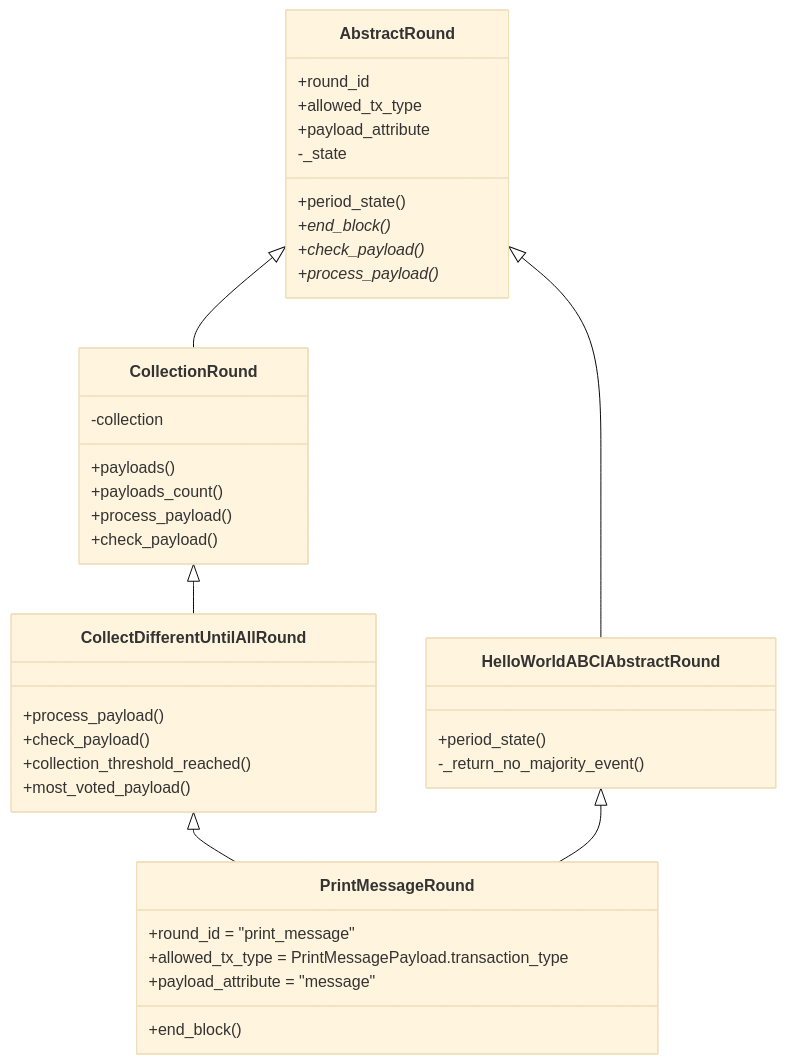
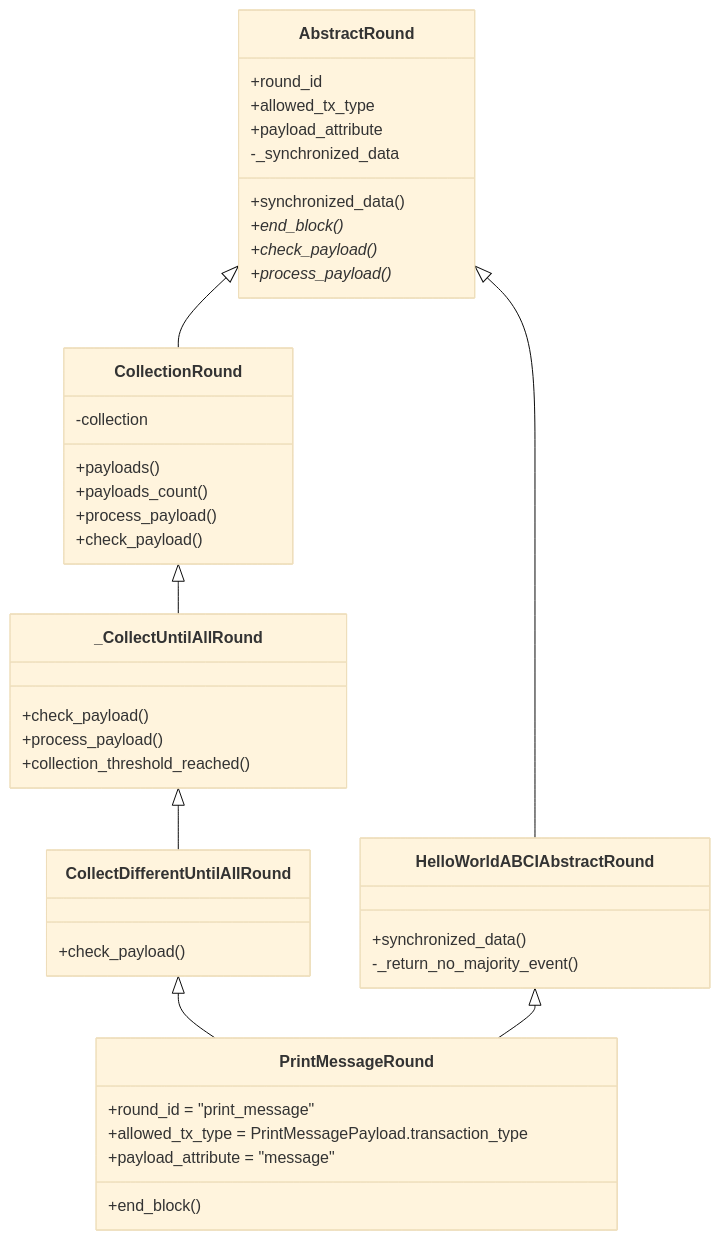
The first of 2 diagrams in docs/get_started.md (valory-xyz/open-autonomy), drawn with Mermaid (base theme) before and after one commit. The commit also changed other lines of this file and 24 other files, not shown here.

```diff
--- a/docs/get_started.md
+++ b/docs/get_started.md
@@ -241,42 +241,44 @@
   <div class="mermaid">
   classDiagram
       AbstractRound <|-- CollectionRound
-      CollectionRound <|-- CollectDifferentUntilAllRound
+      CollectionRound <|-- _CollectUntilAllRound
+      _CollectUntilAllRound <|-- CollectDifferentUntilAllRound
       CollectDifferentUntilAllRound <|-- PrintMessageRound
       HelloWorldABCIAbstractRound <|-- PrintMessageRound
       AbstractRound <|-- HelloWorldABCIAbstractRound
-
       class AbstractRound{
         +round_id
         +allowed_tx_type
         +payload_attribute
-        -_state
-        +period_state()
+        -_synchronized_data
+        +synchronized_data()
         +end_block()*
         +check_payload()*
         +process_payload()*
       }
       class HelloWorldABCIAbstractRound{
-        +period_state()
+        +synchronized_data()
         -_return_no_majority_event()
       }
       class CollectionRound{
         -collection
         +payloads()
         +payloads_count()
         +process_payload()
         +check_payload()
       }
+      class _CollectUntilAllRound{
+        +check_payload()
+        +process_payload()
+        +collection_threshold_reached()
+      }
       class CollectDifferentUntilAllRound{
-        +process_payload()
         +check_payload()
-        +collection_threshold_reached()
-        +most_voted_payload()
       }
       class PrintMessageRound{
         +round_id = "print_message"
         +allowed_tx_type = PrintMessagePayload.transaction_type
         +payload_attribute = "message"
         +end_block()
       }
   </div>
```
